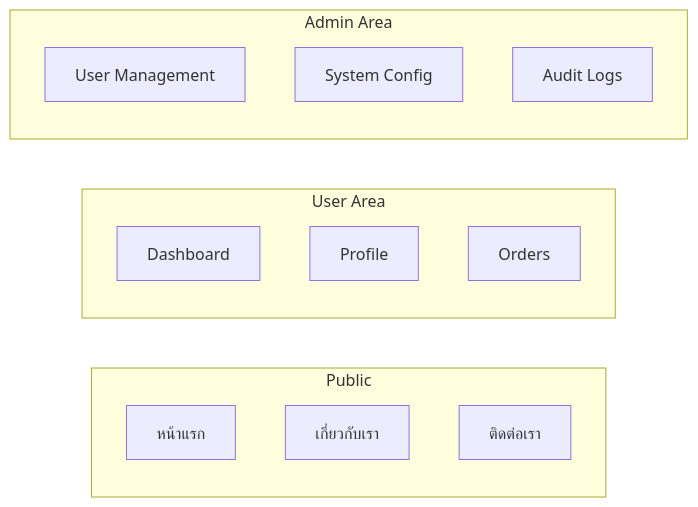
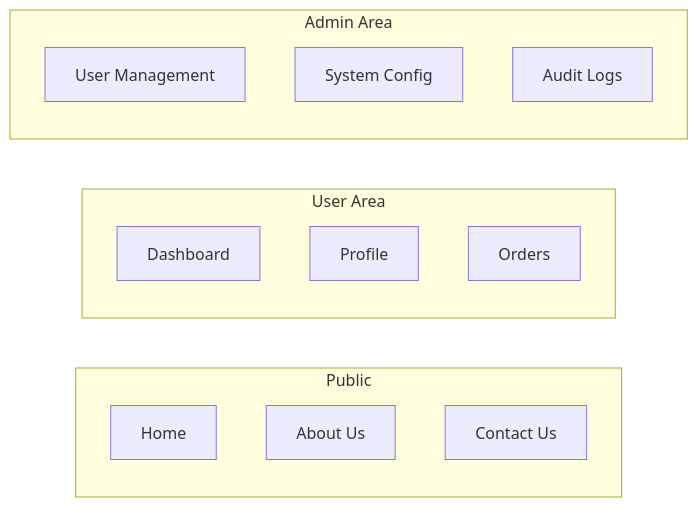
Before and after one commit to mounchons/AgentMarketPlace: diagram 12 of 16 in plugins/system-design-doc/skills/system-design-doc/references/mermaid-patterns.md, drawn with Mermaid. The commit also changed other lines of this file and 51 other files, not shown here.

````diff
--- a/plugins/system-design-doc/skills/system-design-doc/references/mermaid-patterns.md
+++ b/plugins/system-design-doc/skills/system-design-doc/references/mermaid-patterns.md
@@ -245,20 +245,20 @@
 ```mermaid
 flowchart LR
     subgraph Public
-        P1[หน้าแรก]
-        P2[เกี่ยวกับเรา]
-        P3[ติดต่อเรา]
+        P1[Home]
+        P2[About Us]
+        P3[Contact Us]
     end
     
     subgraph User["User Area"]
         U1[Dashboard]
         U2[Profile]
         U3[Orders]
     end
     
     subgraph Admin["Admin Area"]
         A1[User Management]
         A2[System Config]
         A3[Audit Logs]
     end
 ```
````
